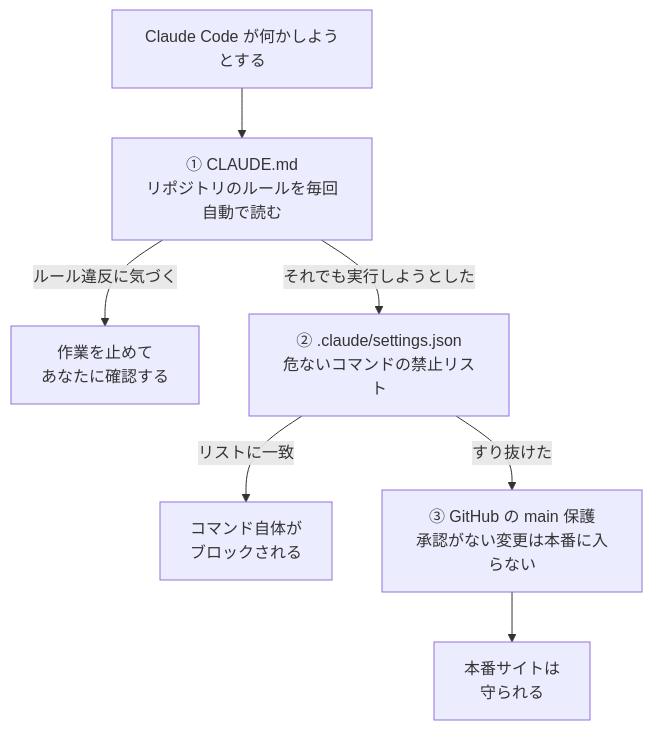
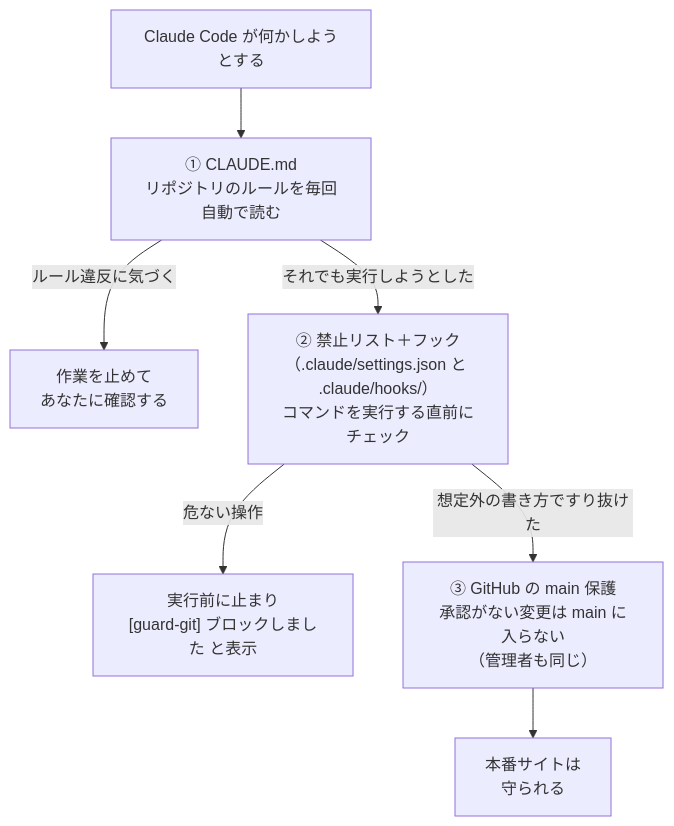
The third of 9 diagrams in docs/operations/onboarding.md (dz21106-web/3rd-place-website), drawn with Mermaid before and after one commit. The commit also changed other lines of this file and 8 other files, not shown here.

````diff
--- a/docs/operations/onboarding.md
+++ b/docs/operations/onboarding.md
@@ -77,12 +77,12 @@
 ```mermaid
 flowchart TB
     R["Claude Code が何かしようとする"] --> L1
     L1["① CLAUDE.md<br/>リポジトリのルールを毎回自動で読む"]
     L1 -->|ルール違反に気づく| S1["作業を止めて<br/>あなたに確認する"]
     L1 -->|それでも実行しようとした| L2
-    L2["② .claude/settings.json<br/>危ないコマンドの禁止リスト"]
-    L2 -->|リストに一致| S2["コマンド自体が<br/>ブロックされる"]
-    L2 -->|すり抜けた| L3
-    L3["③ GitHub の main 保護<br/>承認がない変更は本番に入らない"]
+    L2["② 禁止リスト＋フック<br/>（.claude/settings.json と .claude/hooks/）<br/>コマンドを実行する直前にチェック"]
+    L2 -->|危ない操作| S2["実行前に止まり<br/>[guard-git] ブロックしました と表示"]
+    L2 -->|想定外の書き方ですり抜けた| L3
+    L3["③ GitHub の main 保護<br/>承認がない変更は main に入らない<br/>（管理者も同じ）"]
     L3 --> S3["本番サイトは<br/>守られる"]
 ```
````
